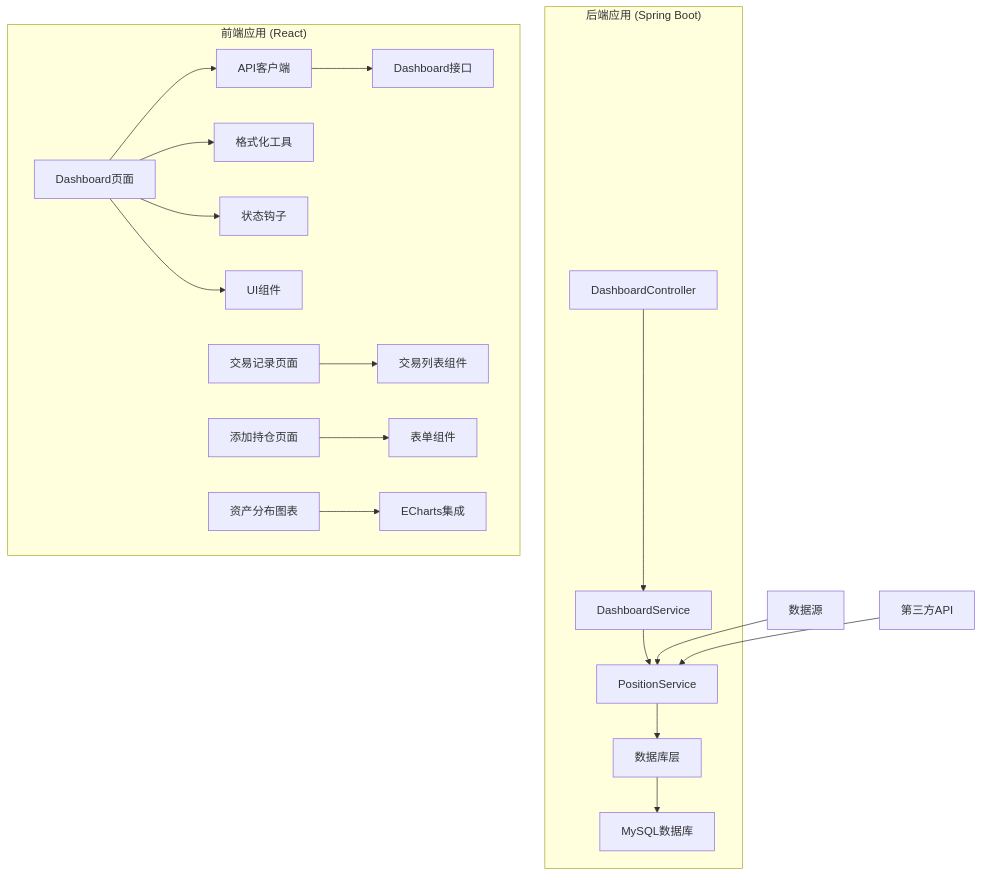
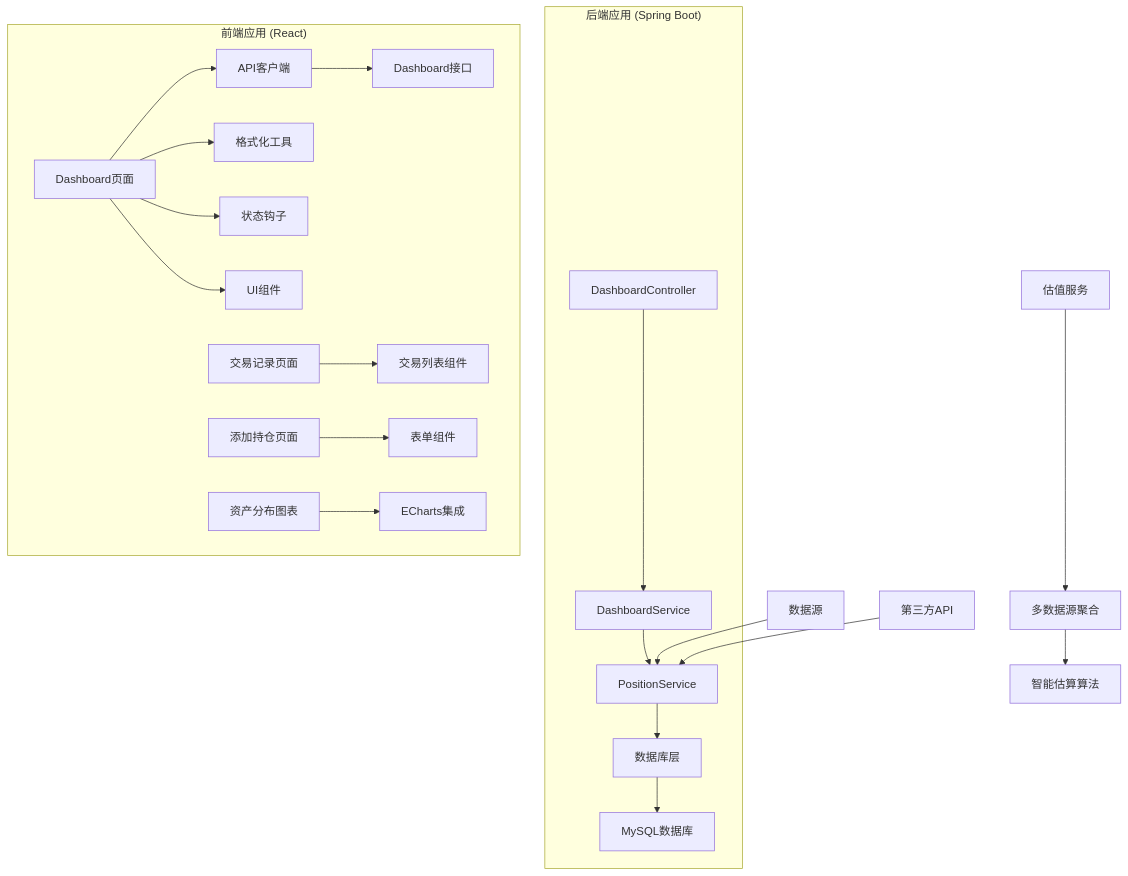
One commit to gree-coder/fund-butler changed the first of 11 diagrams in .qoder/repowiki/zh/content/Dashboard Enhancement.md. Above: the diagram before and after it, drawn with Mermaid. The commit also changed other lines of this file and 23 other files, not shown here.

````diff
--- a/.qoder/repowiki/zh/content/Dashboard Enhancement.md
+++ b/.qoder/repowiki/zh/content/Dashboard Enhancement.md
@@ -57,21 +64,23 @@
 ```mermaid
 graph TB
 subgraph "后端应用 (Spring Boot)"
 A[DashboardController] --> B[DashboardService]
 B --> C[PositionService]
 C --> D[数据库层]
 D --> E[MySQL数据库]
 end
 subgraph "前端应用 (React)"
 F[Dashboard页面] --> G[API客户端]
 G --> H[Dashboard接口]
 F --> I[格式化工具]
 F --> J[状态钩子]
 F --> K[UI组件]
 L[交易记录页面] --> M[交易列表组件]
 N[添加持仓页面] --> O[表单组件]
 P[资产分布图表] --> Q[ECharts集成]
 end
 R[数据源] --> C
 S[第三方API] --> C
+T[估值服务] --> U[多数据源聚合]
+U --> V[智能估算算法]
 ```
````
